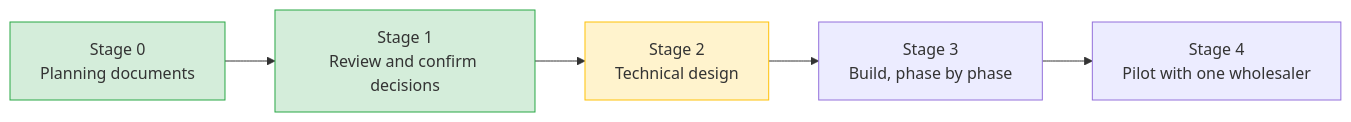
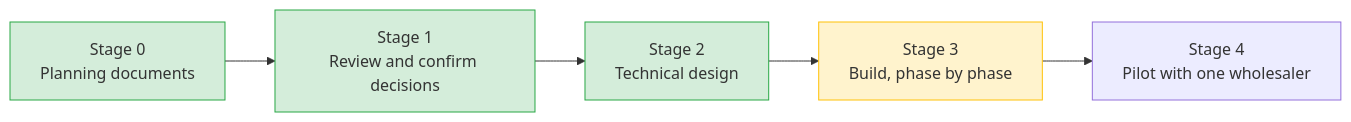
One commit to AhmedElnagarUU/Cosmo changed the first of 3 diagrams in docs/01-master-plan.md. Above: the diagram before and after it, drawn with Mermaid. The commit also changed other lines of this file and 6 other files, not shown here.

````diff
--- a/docs/01-master-plan.md
+++ b/docs/01-master-plan.md
@@ -12,11 +12,12 @@
 ```mermaid
 flowchart LR
     P0[Stage 0<br/>Planning documents] --> P1[Stage 1<br/>Review and confirm decisions]
     P1 --> P2[Stage 2<br/>Technical design]
     P2 --> P3[Stage 3<br/>Build, phase by phase]
     P3 --> P4[Stage 4<br/>Pilot with one wholesaler]
 
     style P0 fill:#d4edda,stroke:#28a745
     style P1 fill:#d4edda,stroke:#28a745
-    style P2 fill:#fff3cd,stroke:#ffc107
+    style P2 fill:#d4edda,stroke:#28a745
+    style P3 fill:#fff3cd,stroke:#ffc107
 ```
````
